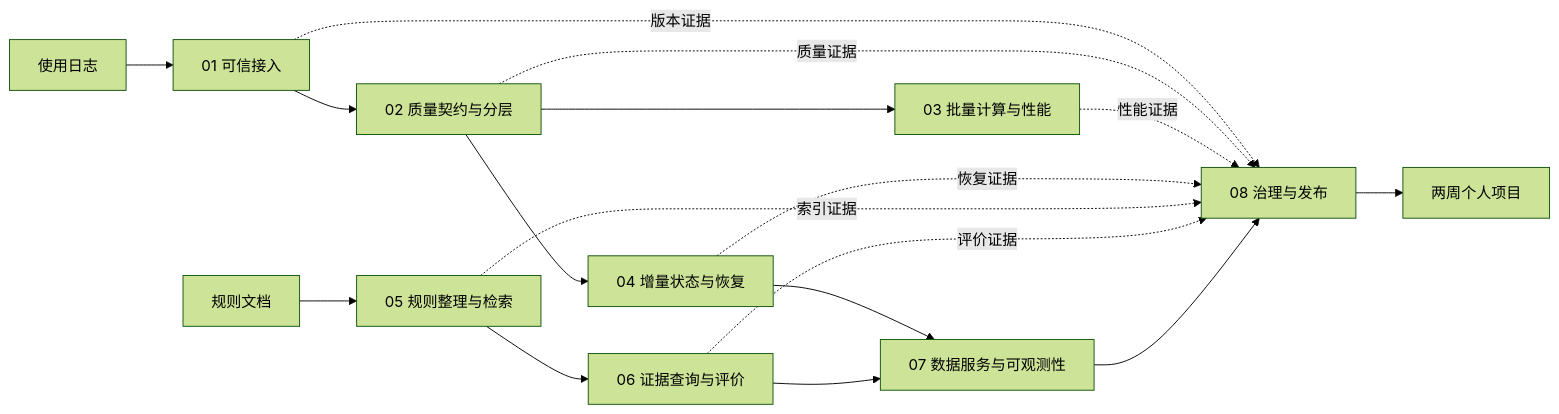
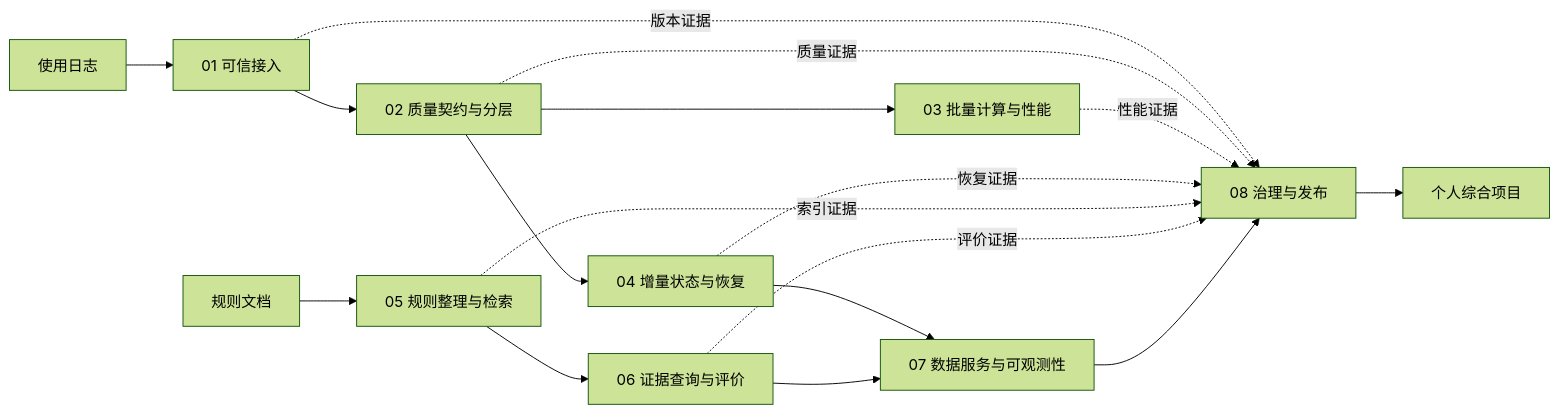
One commit to guoketg/course_cloude_computing changed the diagram in 控制文档/课程总体设计方案.md. Above: the diagram before and after it, drawn with Mermaid (forest theme). The commit also changed other lines of this file and 32 other files, not shown here.

````diff
--- a/控制文档/课程总体设计方案.md
+++ b/控制文档/课程总体设计方案.md
@@ -40,16 +40,16 @@
 ```mermaid
 flowchart LR
   L[使用日志] --> A[01 可信接入] --> B[02 质量契约与分层]
   B --> C[03 批量计算与性能]
   B --> D[04 增量状态与恢复]
   R[规则文档] --> E[05 规则整理与检索] --> F[06 证据查询与评价]
   D --> G[07 数据服务与可观测性]
   F --> G
   A -.版本证据.-> H[08 治理与发布]
   B -.质量证据.-> H
   C -.性能证据.-> H
   D -.恢复证据.-> H
   E -.索引证据.-> H
   F -.评价证据.-> H
-  G --> H --> I[两周个人项目]
+  G --> H --> I[个人综合项目]
 ```
````
